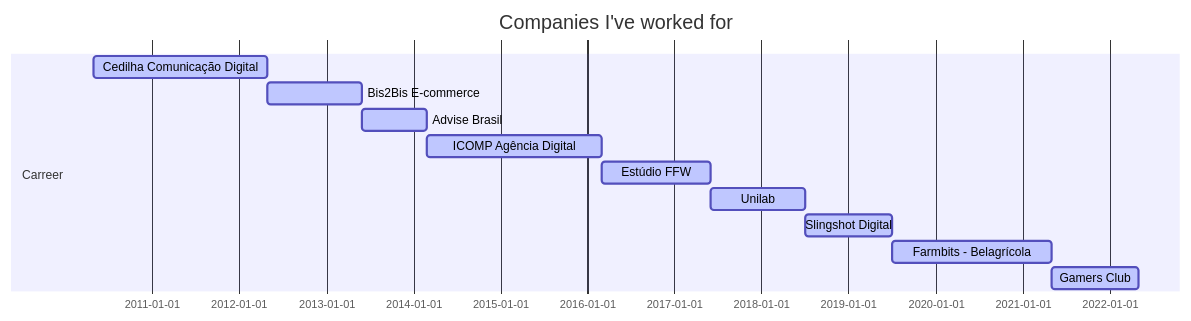
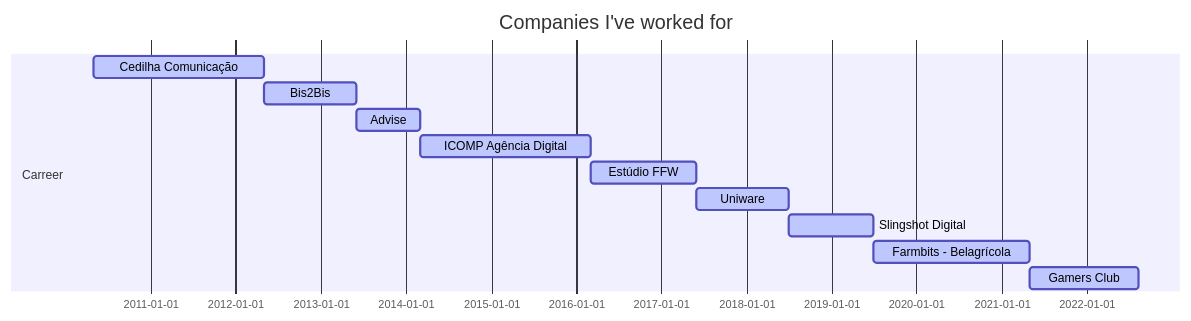
Before and after one commit to perdidao/perdidao: the diagram in README.md, drawn with Mermaid.

Commit message:
:arrow_up_small: updating work experience

````diff
--- a/README.md
+++ b/README.md
@@ -22,19 +22,19 @@
 ```mermaid
 
 gantt
 dateFormat  YYYY-MM-DD
 todayMarker off
 title Companies I've worked for
 
 section Carreer
-Cedilha Comunicação Digital           :active,, 2010-05-01,2012-05-01
-Bis2Bis E-commerce                    :active,, 2012-05-01,2013-06-01
-Advise Brasil                         :active,, 2013-06-01,2014-03-01
+Cedilha Comunicação                   :active,, 2010-05-01,2012-05-01
+Bis2Bis                               :active,, 2012-05-01,2013-06-01
+Advise                                :active,, 2013-06-01,2014-03-01
 ICOMP Agência Digital                 :active,, 2014-03-01,2016-03-01
 Estúdio FFW                           :active,, 2016-03-01,2017-06-01
-Unilab                                :active,, 2017-06-01,2018-07-01
+Uniware                               :active,, 2017-06-01,2018-07-01
 Slingshot Digital                     :active,, 2018-07-01,2019-07-01
 Farmbits - Belagrícola                :active,, 2019-07-01,2021-05-01
-Gamers Club                           :active,, 2021-05-01,2022-05-01
+Gamers Club                           :active,, 2021-05-01,2022-08-09
 
 ```
````
